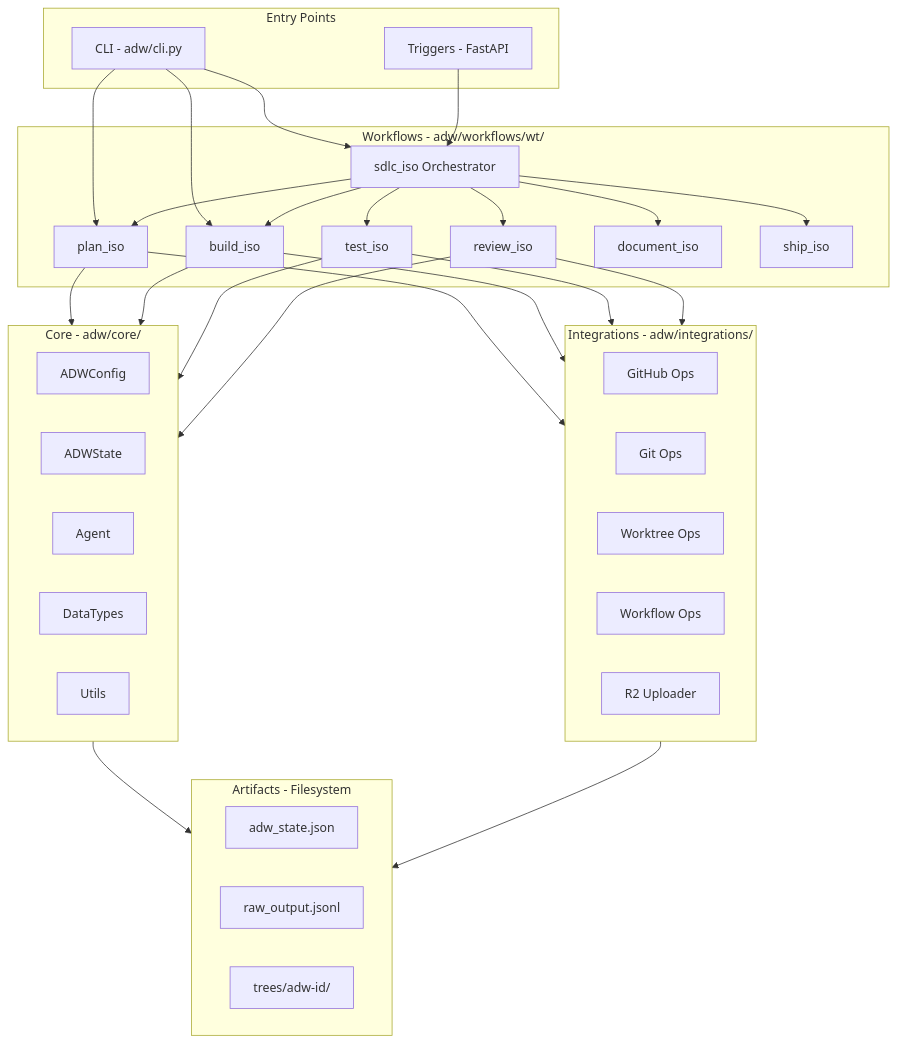
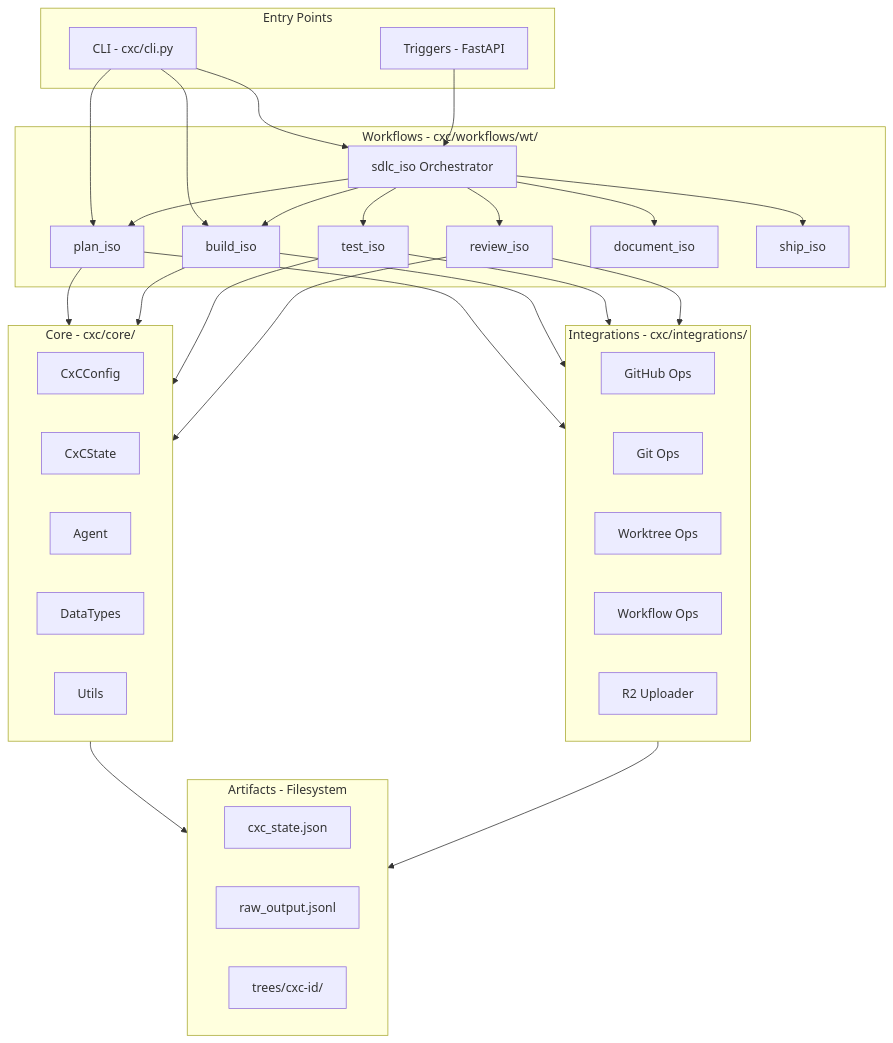
One commit to alexfosterinvisible/Cortex-Code changed the second of 5 diagrams in docs/C4_ARCHITECTURE.md. Above: the diagram before and after it, drawn with Mermaid. The commit also changed other lines of this file and 228 other files, not shown here.

````diff
--- a/docs/C4_ARCHITECTURE.md
+++ b/docs/C4_ARCHITECTURE.md
@@ -102,64 +102,64 @@
 ```mermaid
 flowchart TB
     subgraph Entry[Entry Points]
-        CLI[CLI - adw/cli.py]
+        CLI[CLI - cxc/cli.py]
         Triggers[Triggers - FastAPI]
     end
 
-    subgraph Workflows[Workflows - adw/workflows/wt/]
+    subgraph Workflows[Workflows - cxc/workflows/wt/]
         Plan[plan_iso]
         Build[build_iso]
         Test[test_iso]
         Review[review_iso]
         Document[document_iso]
         Ship[ship_iso]
         SDLC[sdlc_iso Orchestrator]
     end
 
-    subgraph Core[Core - adw/core/]
-        Config[ADWConfig]
-        State[ADWState]
+    subgraph Core[Core - cxc/core/]
+        Config[CxCConfig]
+        State[CxCState]
         Agent[Agent]
         Types[DataTypes]
         Utils[Utils]
     end
 
-    subgraph Integrations[Integrations - adw/integrations/]
+    subgraph Integrations[Integrations - cxc/integrations/]
         GHOps[GitHub Ops]
         GitOps[Git Ops]
         WTOps[Worktree Ops]
         WFOps[Workflow Ops]
         R2Up[R2 Uploader]
     end
 
     subgraph Storage[Artifacts - Filesystem]
-        StateFiles[adw_state.json]
+        StateFiles[cxc_state.json]
         Logs[raw_output.jsonl]
-        Trees[trees/adw-id/]
+        Trees[trees/cxc-id/]
     end
 
     CLI --> SDLC
     CLI --> Plan
     CLI --> Build
     Triggers --> SDLC
 
     SDLC --> Plan
     SDLC --> Build
     SDLC --> Test
     SDLC --> Review
     SDLC --> Document
     SDLC --> Ship
 
     Plan --> Core
     Build --> Core
     Test --> Core
     Review --> Core
 
     Plan --> Integrations
     Build --> Integrations
     Test --> Integrations
     Review --> Integrations
 
     Core --> Storage
     Integrations --> Storage
 ```
````
